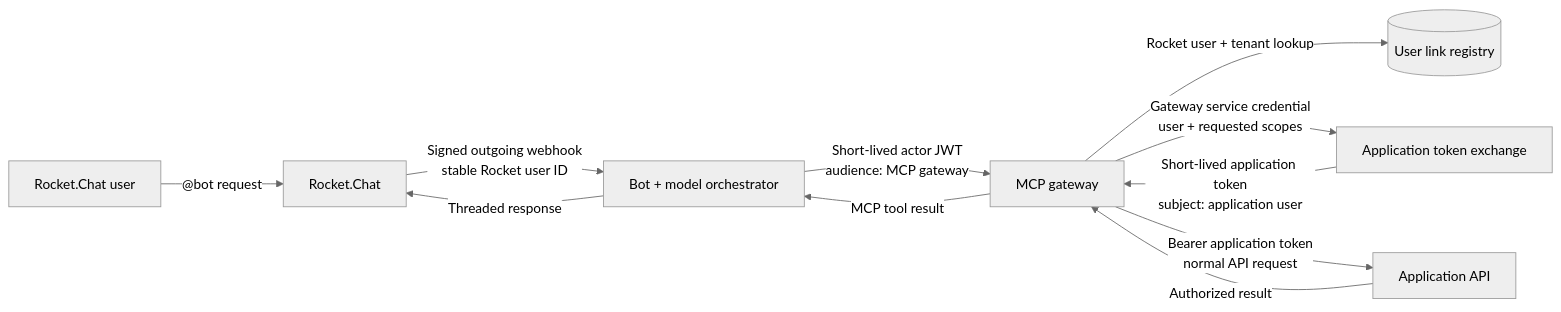
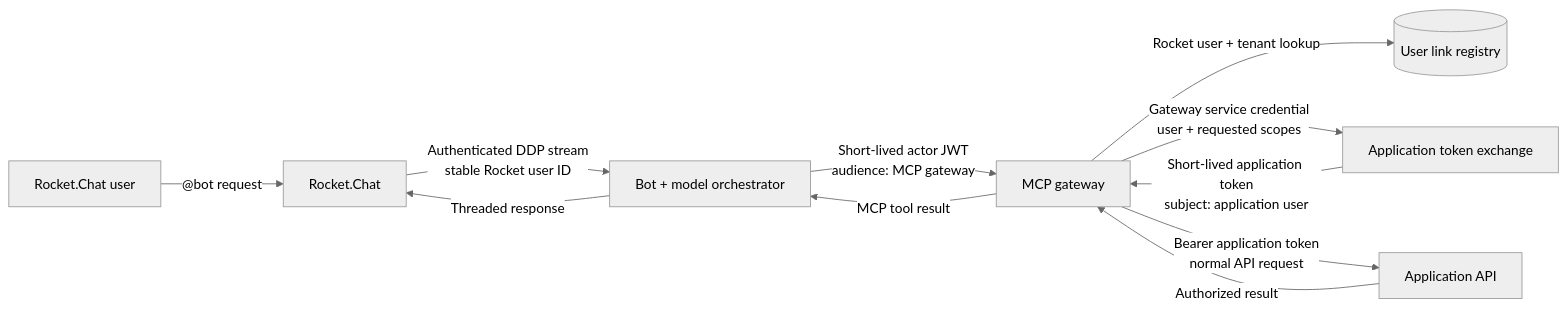
Before and after one commit to guyYablonka/rocket-mcp-platform: the diagram in ARCHITECTURE.md, drawn with Mermaid (neutral theme). The commit also changed other lines of this file and 26 other files, not shown here.

````diff
--- a/ARCHITECTURE.md
+++ b/ARCHITECTURE.md
@@ -3,13 +3,13 @@
 ```mermaid
 flowchart LR
   U["Rocket.Chat user"] -->|"@bot request"| RC["Rocket.Chat"]
-  RC -->|"Signed outgoing webhook<br/>stable Rocket user ID"| B["Bot + model orchestrator"]
+  RC -->|"Authenticated DDP stream<br/>stable Rocket user ID"| B["Bot + model orchestrator"]
   B -->|"Short-lived actor JWT<br/>audience: MCP gateway"| G["MCP gateway"]
   G -->|"Rocket user + tenant lookup"| L[("User link registry")]
   G -->|"Gateway service credential<br/>user + requested scopes"| X["Application token exchange"]
   X -->|"Short-lived application token<br/>subject: application user"| G
   G -->|"Bearer application token<br/>normal API request"| A["Application API"]
   A -->|"Authorized result"| G
   G -->|"MCP tool result"| B
   B -->|"Threaded response"| RC
 ```
````
